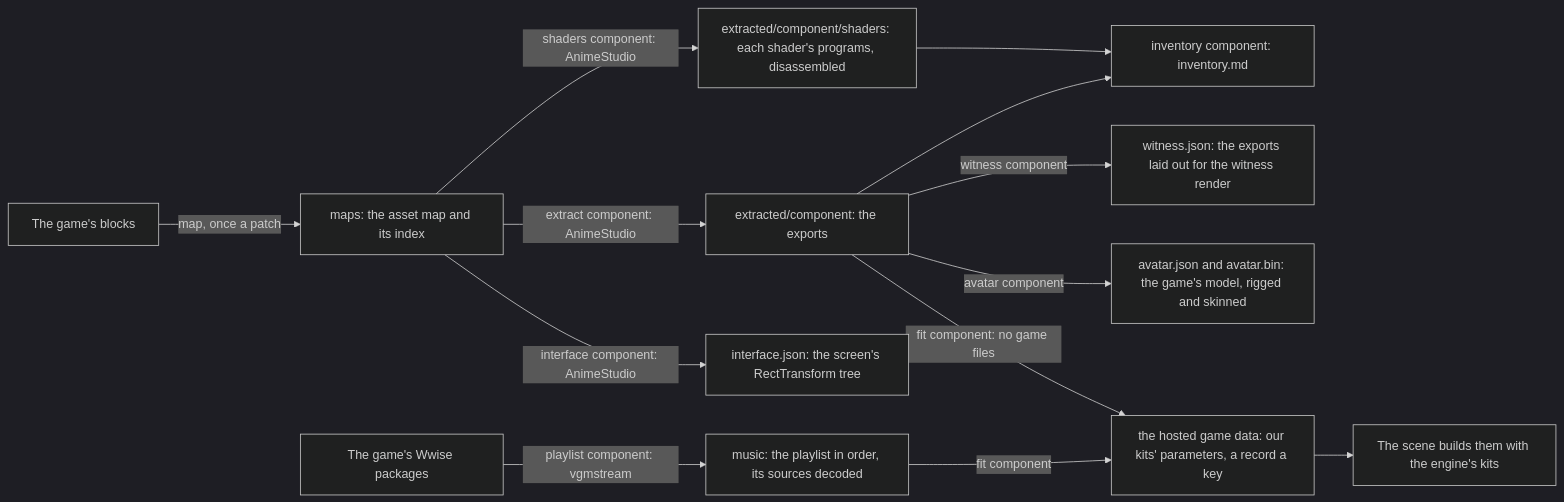
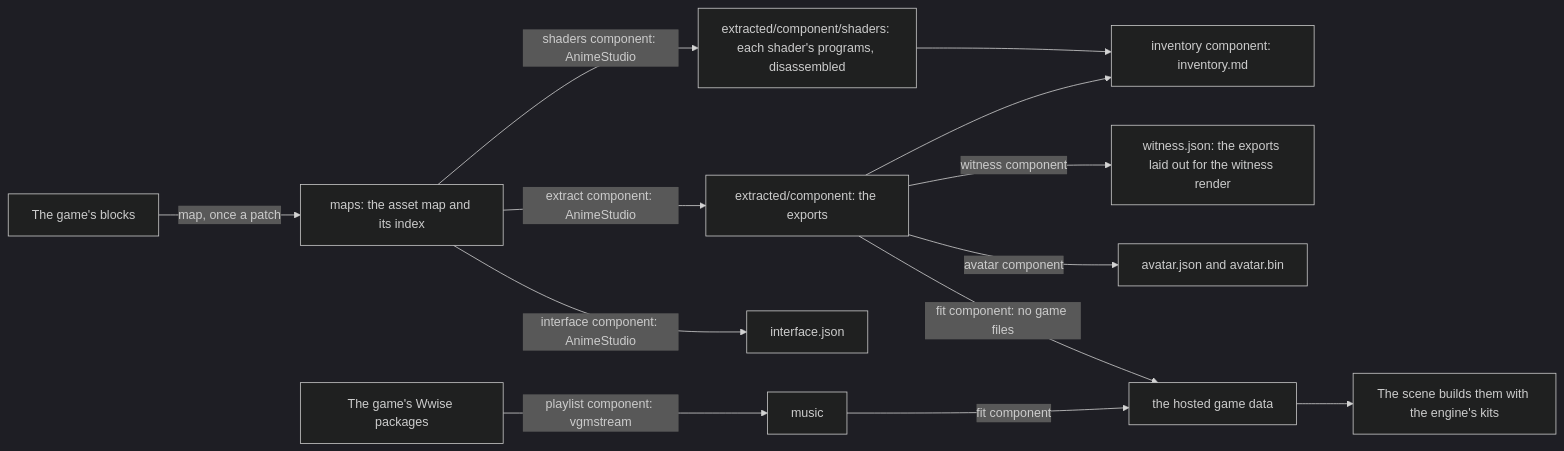
One commit to Esposter/Esposter changed the second of 2 diagrams in openspec/specs/genshin/derived-assets/design.md. Above: the diagram before and after it, drawn with Mermaid (dark theme). The commit also changed other lines of this file and 5 other files, not shown here.

````diff
--- a/openspec/specs/genshin/derived-assets/design.md
+++ b/openspec/specs/genshin/derived-assets/design.md
@@ -28,15 +28,15 @@
 ```mermaid
 flowchart LR
   B[The game's blocks] -->|"map, once a patch"| M["maps: the asset map and its index"]
   M -->|"extract component: AnimeStudio"| E["extracted/component: the exports"]
   M -->|"shaders component: AnimeStudio"| S["extracted/component/shaders: each shader's programs, disassembled"]
   E --> I["inventory component: inventory.md"]
   S --> I
   E -->|"witness component"| W["witness.json: the exports laid out for the witness render"]
-  E -->|"avatar component"| AV["avatar.json and avatar.bin: the game's model, rigged and skinned"]
-  M -->|"interface component: AnimeStudio"| U["interface.json: the screen's RectTransform tree"]
-  A[The game's Wwise packages] -->|"playlist component: vgmstream"| P["music: the playlist in order, its sources decoded"]
+  E -->|"avatar component"| AV["avatar.json and avatar.bin"]
+  M -->|"interface component: AnimeStudio"| U["interface.json"]
+  A[The game's Wwise packages] -->|"playlist component: vgmstream"| P["music"]
   P -->|"fit component"| D
-  E -->|"fit component: no game files"| D["the hosted game data: our kits' parameters, a record a key"]
+  E -->|"fit component: no game files"| D["the hosted game data"]
   D --> K[The scene builds them with the engine's kits]
 ```
````
